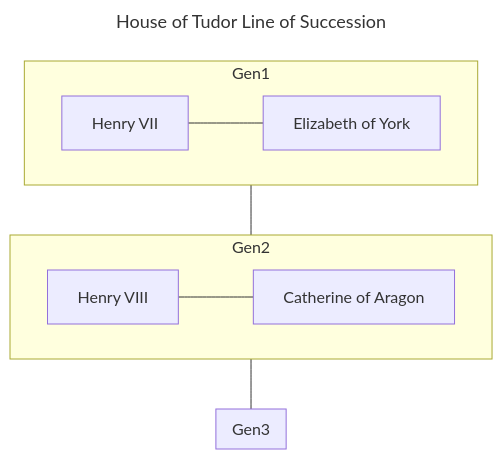
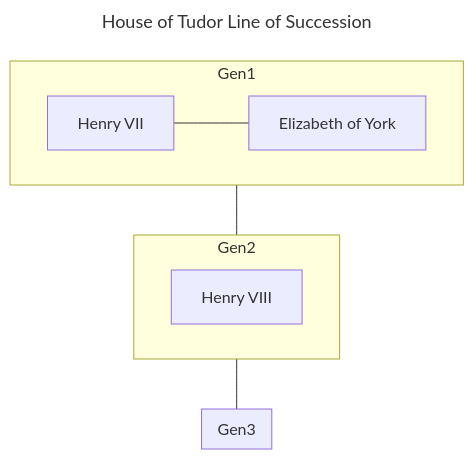
One commit to mercedesb/house-of-tudor changed the diagram in index.md. Above: the diagram before and after it, drawn with Mermaid.

Commit message:
Revert "Married Catherine of Aragon"
This reverts commit d1cbde2949f4947ffee0891e7004dbd22d958fcc.

````diff
--- a/index.md
+++ b/index.md
@@ -1,17 +1,17 @@
 ```mermaid
 ---
 title: House of Tudor Line of Succession
 ---
 flowchart
   subgraph Gen3
   end
   subgraph Gen2
-    H8[Henry VIII]---C[Catherine of Aragon]
+    H8[Henry VIII]
   end
   subgraph Gen1
     H7[Henry VII]---E[Elizabeth of York]
   end
 
   Gen1---Gen2
   Gen2---Gen3
 ```
````
